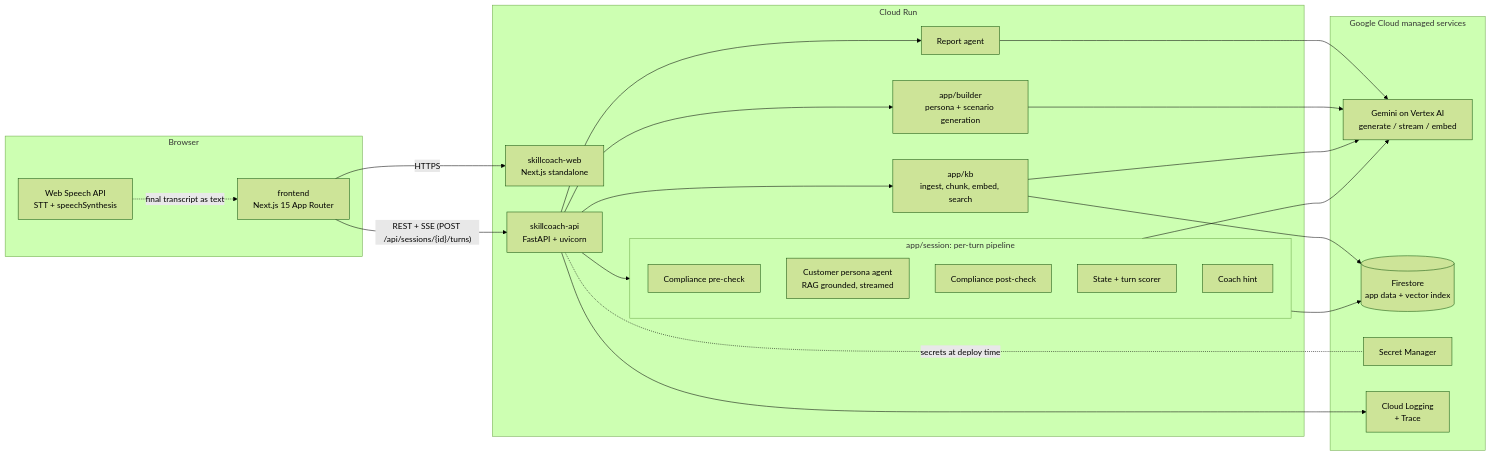
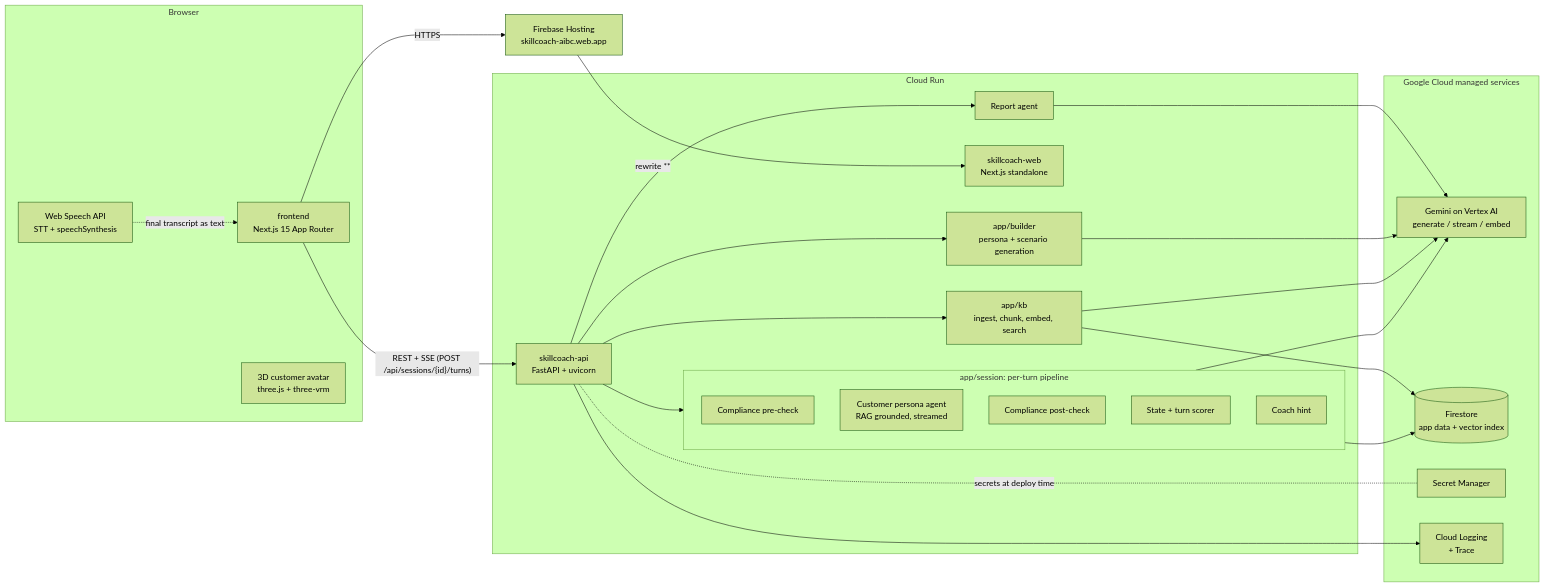
Before and after one commit to jease0502/SkillCoach-AIBC: the first of 3 diagrams in docs/architecture.md, drawn with Mermaid (forest theme). The commit also changed other lines of this file and 47 other files, not shown here.

First line of the commit message:
Move to new GCP project, add Firebase Hosting and a 3D customer avatar

````diff
--- a/docs/architecture.md
+++ b/docs/architecture.md
@@ -34,45 +36,49 @@
 ```mermaid
 flowchart LR
     subgraph Browser
         W[frontend<br/>Next.js 15 App Router]
         WS[Web Speech API<br/>STT + speechSynthesis]
+        AV[3D customer avatar<br/>three.js + three-vrm]
     end
+
+    FH[Firebase Hosting<br/>skillcoach-aibc.web.app]
 
     subgraph CloudRun["Cloud Run"]
         WEB[skillcoach-web<br/>Next.js standalone]
         API[skillcoach-api<br/>FastAPI + uvicorn]
         subgraph Session["app/session: per-turn pipeline"]
             CPRE[Compliance pre-check]
             CUS[Customer persona agent<br/>RAG grounded, streamed]
             CPOST[Compliance post-check]
             ST[State + turn scorer]
             COACH[Coach hint]
         end
         REP[Report agent]
         BLD[app/builder<br/>persona + scenario generation]
         KB[app/kb<br/>ingest, chunk, embed, search]
     end
 
     subgraph GCP["Google Cloud managed services"]
         GEM[Gemini on Vertex AI<br/>generate / stream / embed]
         FS[(Firestore<br/>app data + vector index)]
         SM[Secret Manager]
         LOG[Cloud Logging<br/>+ Trace]
     end
 
-    W -- HTTPS --> WEB
+    W -- HTTPS --> FH
+    FH -- "rewrite **" --> WEB
     W -- "REST + SSE (POST /api/sessions/{id}/turns)" --> API
     WS -. "final transcript as text" .-> W
     API --> Session
     API --> REP
     API --> BLD
     API --> KB
     Session --> GEM
     REP --> GEM
     BLD --> GEM
     KB --> GEM
     Session --> FS
     KB --> FS
     API -. "secrets at deploy time" .- SM
     API --> LOG
 ```
````
